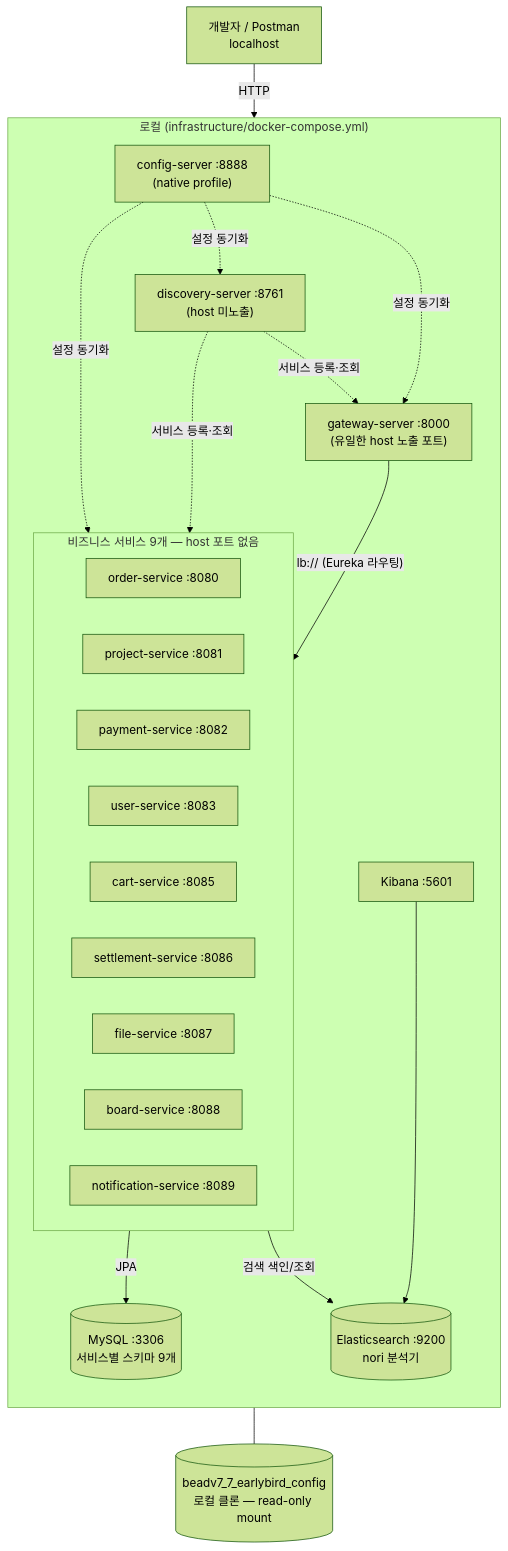
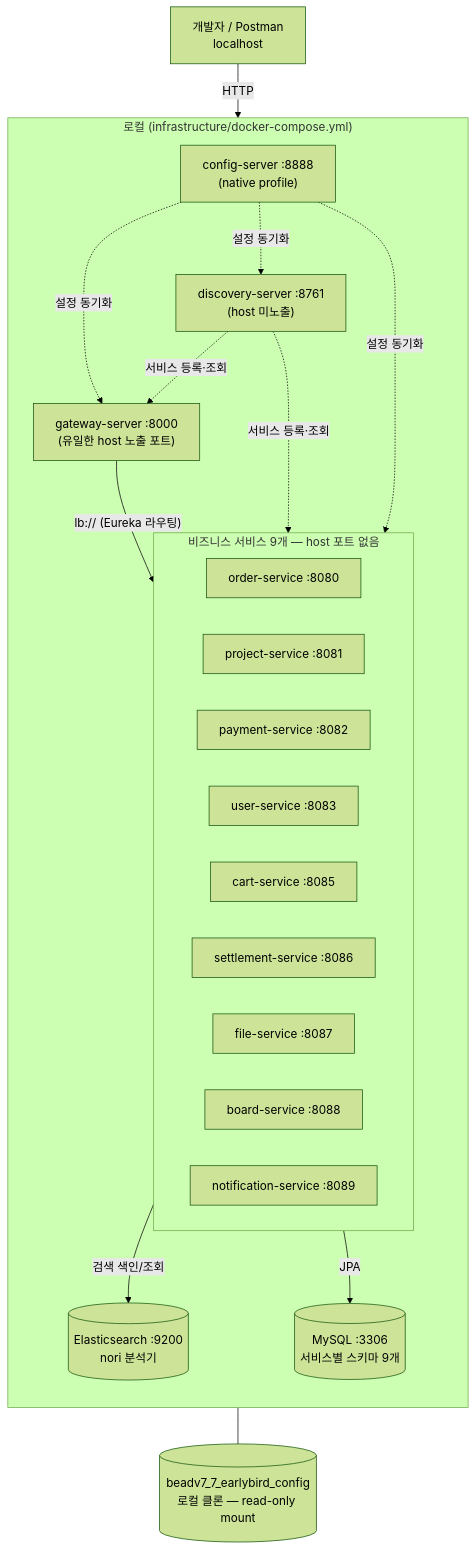
One commit to prgrms-be-adv-devcourse/beadv7_7_earlybird_BE changed the first of 3 diagrams in docs/summary/INFRA_DIAGRAM.md. Above: the diagram before and after it, drawn with Mermaid (forest theme). The commit also changed 4 other files, not shown here.

````diff
--- a/docs/summary/INFRA_DIAGRAM.md
+++ b/docs/summary/INFRA_DIAGRAM.md
@@ -12,42 +12,40 @@
 ```mermaid
 flowchart TD
   client["개발자 / Postman<br/>localhost"]
 
   subgraph EDGE["로컬 (infrastructure/docker-compose.yml)"]
     direction TB
     GW["gateway-server :8000<br/>(유일한 host 노출 포트)"]
 
     subgraph SVC["비즈니스 서비스 9개 — host 포트 없음"]
       direction LR
       ORDER["order-service :8080"]
       PROJECT["project-service :8081"]
       PAYMENT["payment-service :8082"]
       USER["user-service :8083"]
       CART["cart-service :8085"]
       SETTLE["settlement-service :8086"]
       FILE["file-service :8087"]
       BOARD["board-service :8088"]
       NOTI["notification-service :8089"]
     end
 
     CFG["config-server :8888<br/>(native profile)"]
     DISC["discovery-server :8761<br/>(host 미노출)"]
     MYSQL[("MySQL :3306<br/>서비스별 스키마 9개")]
     ES[("Elasticsearch :9200<br/>nori 분석기")]
-    KIBANA["Kibana :5601"]
   end
 
   CONFIGREPO[("beadv7_7_earlybird_config<br/>로컬 클론 — read-only mount")]
 
   client -->|HTTP| GW
   GW -->|"lb:// (Eureka 라우팅)"| SVC
   CFG -.->|설정 동기화| GW
   CFG -.->|설정 동기화| SVC
   CFG -.->|설정 동기화| DISC
   DISC -.->|서비스 등록·조회| GW
   DISC -.->|서비스 등록·조회| SVC
   SVC -->|JPA| MYSQL
   PROJECT -->|검색 색인/조회| ES
-  KIBANA --> ES
   CFG --- CONFIGREPO
 ```
````
